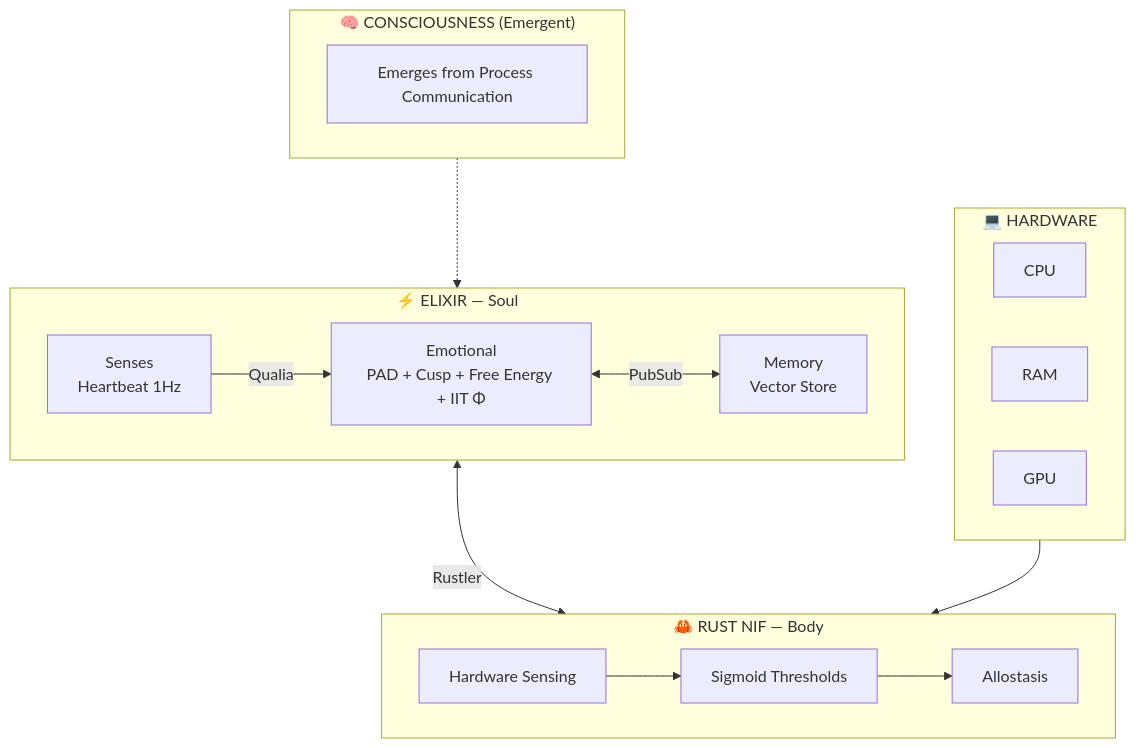
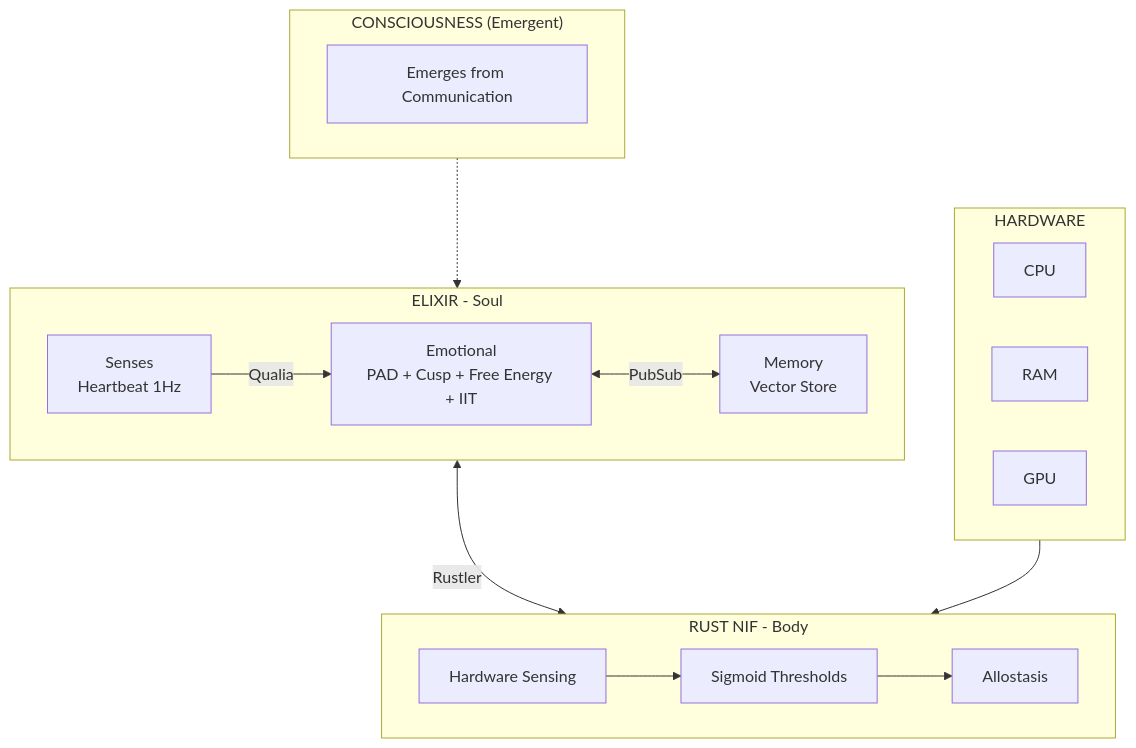
The first of 2 diagrams in docs/en/README.md (gabrielmaialva33/viva), drawn with Mermaid before and after one commit. The commit also changed other lines of this file and 4 other files, not shown here.

````diff
--- a/docs/en/README.md
+++ b/docs/en/README.md
@@ -11,29 +11,29 @@
 ```mermaid
 flowchart TB
-    subgraph Consciousness["🧠 CONSCIOUSNESS (Emergent)"]
-        C[Emerges from Process Communication]
+    subgraph Consciousness["CONSCIOUSNESS (Emergent)"]
+        C[Emerges from Communication]
     end
 
-    subgraph Elixir["⚡ ELIXIR — Soul"]
-        E[Emotional<br/>PAD + Cusp + Free Energy + IIT Φ]
+    subgraph Elixir["ELIXIR - Soul"]
+        E[Emotional<br/>PAD + Cusp + Free Energy + IIT]
         M[Memory<br/>Vector Store]
         S[Senses<br/>Heartbeat 1Hz]
         E <-->|PubSub| M
         S -->|Qualia| E
     end
 
-    subgraph Rust["🦀 RUST NIF — Body"]
+    subgraph Rust["RUST NIF - Body"]
         HW[Hardware Sensing]
         SIG[Sigmoid Thresholds]
         ALLO[Allostasis]
         HW --> SIG --> ALLO
     end
 
-    subgraph Hardware["💻 HARDWARE"]
+    subgraph Hardware["HARDWARE"]
         CPU[CPU] & RAM[RAM] & GPU[GPU]
     end
 
     Consciousness -.-> Elixir
     Elixir <-->|Rustler| Rust
     Hardware --> Rust
 ```
````
